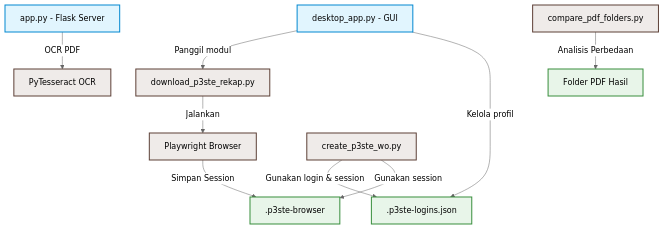
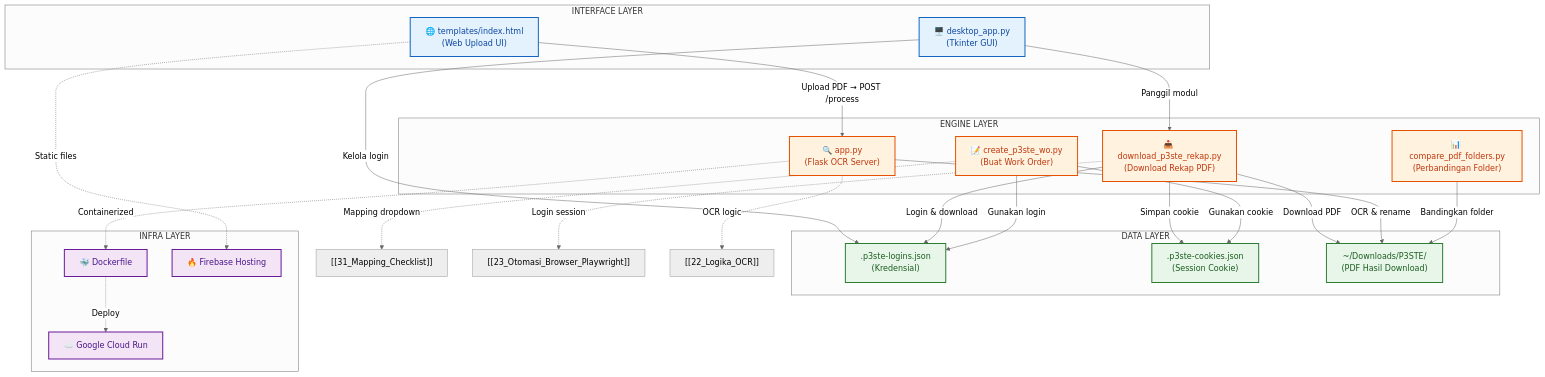
One commit to pangjaw/ganti-nama-app changed the first of 2 diagrams in notes/00_Dashboard.md. Above: the diagram before and after it, drawn with Mermaid (neutral theme). The commit also changed other lines of this file and 12 other files, not shown here.

````diff
--- a/notes/00_Dashboard.md
+++ b/notes/00_Dashboard.md
@@ -29,20 +35,55 @@
 ```mermaid
 graph TD
-    %% Styling
-    classDef app fill:#e1f5fe,stroke:#0288d1,stroke-width:2px;
-    classDef script fill:#efebe9,stroke:#5d4037,stroke-width:2px;
-    classDef data fill:#e8f5e9,stroke:#388e3c,stroke-width:2px;
-    
-    A[desktop_app.py - GUI]:::app -->|Panggil modul| B[download_p3ste_rekap.py]:::script
-    A -->|Kelola profil| C[.p3ste-logins.json]:::data
-    
-    B -->|Jalankan| D[Playwright Browser]:::script
-    D -->|Simpan Session| E[.p3ste-browser]:::data
-    
-    F[create_p3ste_wo.py]:::script -->|Gunakan login & session| C
-    F -->|Gunakan session| E
-    
-    G[app.py - Flask Server]:::app -->|OCR PDF| H[PyTesseract OCR]:::script
-    I[compare_pdf_folders.py]:::script -->|Analisis Perbedaan| J[Folder PDF Hasil]:::data
+    classDef ui fill:#e3f2fd,stroke:#1565c0,stroke-width:2px,color:#0d47a1;
+    classDef engine fill:#fff3e0,stroke:#e65100,stroke-width:2px,color:#bf360c;
+    classDef data fill:#e8f5e9,stroke:#2e7d32,stroke-width:2px,color:#1b5e20;
+    classDef infra fill:#f3e5f5,stroke:#6a1b9a,stroke-width:2px,color:#4a148c;
 
+    subgraph "INTERFACE LAYER"
+        A["🖥️ desktop_app.py<br/>(Tkinter GUI)"]:::ui
+        B["🌐 templates/index.html<br/>(Web Upload UI)"]:::ui
+    end
+
+    subgraph "ENGINE LAYER"
+        C["📥 download_p3ste_rekap.py<br/>(Download Rekap PDF)"]:::engine
+        D["📝 create_p3ste_wo.py<br/>(Buat Work Order)"]:::engine
+        E["🔍 app.py<br/>(Flask OCR Server)"]:::engine
+        F["📊 compare_pdf_folders.py<br/>(Perbandingan Folder)"]:::engine
+    end
+
+    subgraph "DATA LAYER"
+        G[".p3ste-logins.json<br/>(Kredensial)"]:::data
+        H[".p3ste-cookies.json<br/>(Session Cookie)"]:::data
+        I["~/Downloads/P3STE/<br/>(PDF Hasil Download)"]:::data
+    end
+
+    subgraph "INFRA LAYER"
+        J["🐳 Dockerfile"]:::infra
+        K["☁️ Google Cloud Run"]:::infra
+        L["🔥 Firebase Hosting"]:::infra
+    end
+
+    %% Interface → Engine
+    A -->|"Panggil modul"| C
+    A -->|"Kelola login"| G
+    B -->|"Upload PDF → POST /process"| E
+
+    %% Engine → Data
+    C -->|"Login & download"| G
+    C -->|"Simpan cookie"| H
+    C -->|"Download PDF"| I
+    D -->|"Gunakan login"| G
+    D -->|"Gunakan cookie"| H
+    E -->|"OCR & rename"| I
+    F -->|"Bandingkan folder"| I
+
+    %% Engine → Infra
+    E -.->|"Containerized"| J
+    J -.->|"Deploy"| K
+    B -.->|"Static files"| L
+
+    %% Cross-link
+    D -.->|"Mapping dropdown"| M["[[31_Mapping_Checklist]]"]
+    C -.->|"Login session"| N["[[23_Otomasi_Browser_Playwright]]"]
+    E -.->|"OCR logic"| O["[[22_Logika_OCR]]"]
 ```
````
